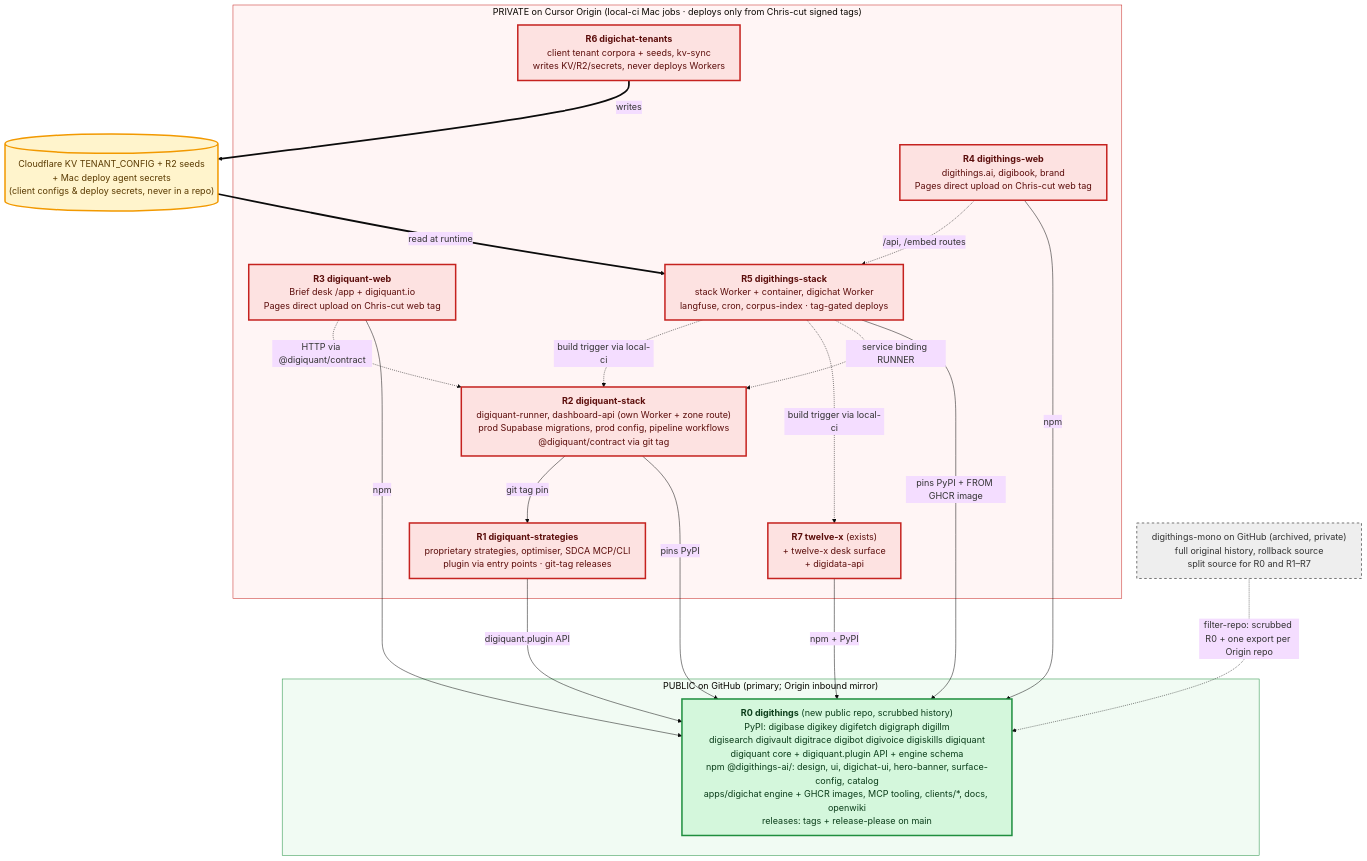
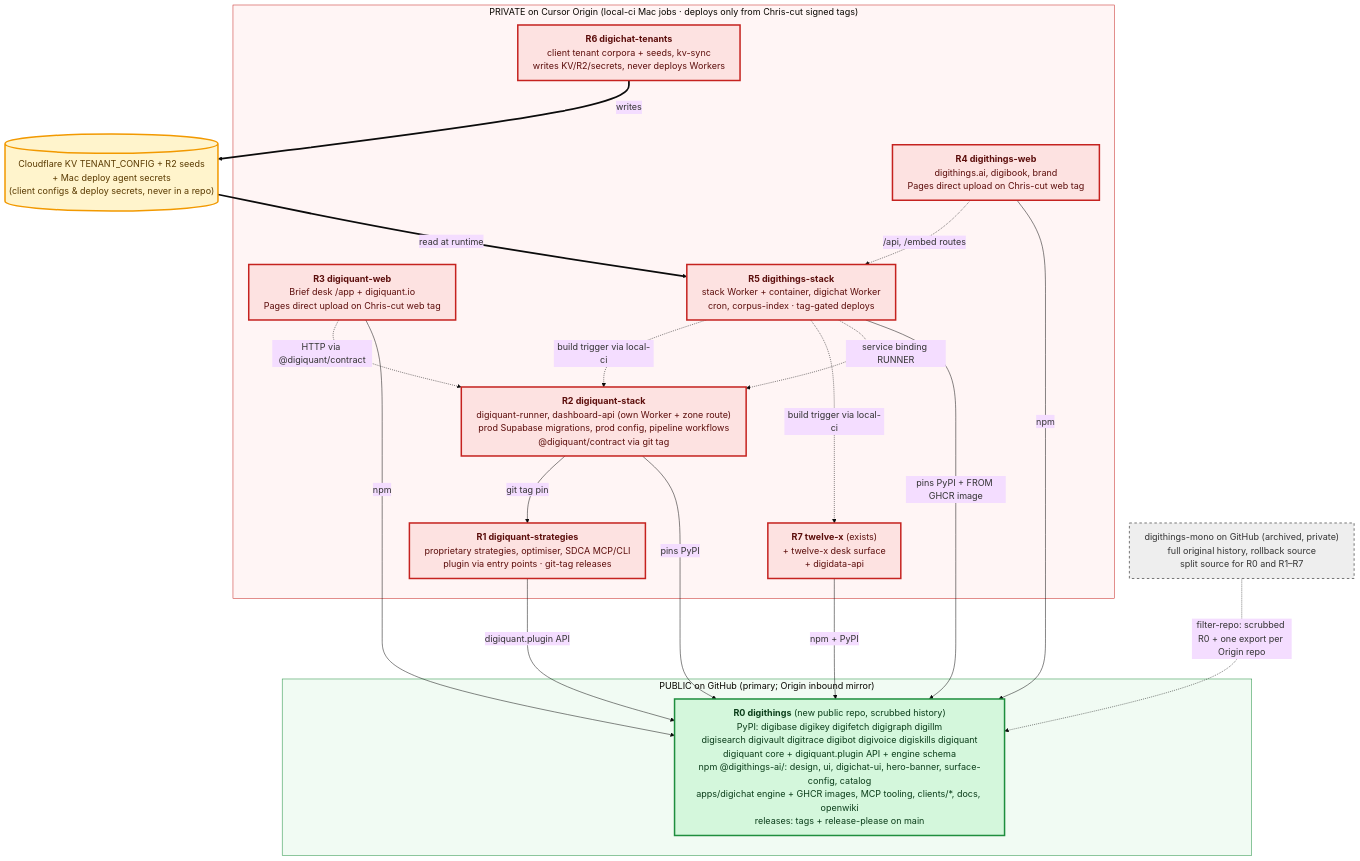
One commit to digithings-ai/digithings changed the diagram in docs/repo-split/repo-split.mmd. Above: the diagram before and after it, drawn with Mermaid. The commit also changed 53 other files, not shown here.

```diff
--- a/docs/repo-split/repo-split.mmd
+++ b/docs/repo-split/repo-split.mmd
@@ -1,40 +1,40 @@
 %%{init: {'theme':'base','themeVariables':{'fontSize':'18px'},'flowchart':{'curve':'basis','nodeSpacing':40,'rankSpacing':80,'wrappingWidth':600}}}%%
 flowchart TB
   subgraph PUB["PUBLIC on GitHub (primary; Origin inbound mirror)"]
     R0["<b>R0 digithings</b> (new public repo, scrubbed history)<br/>PyPI: digibase digikey digifetch digigraph digillm<br/>digisearch digivault digitrace digibot digivoice digiskills digiquant<br/>digiquant core + digiquant.plugin API + engine schema<br/>npm @digithings-ai/: design, ui, digichat-ui, hero-banner, surface-config, catalog<br/>apps/digichat engine + GHCR images, MCP tooling, clients/*, docs, openwiki<br/>releases: tags + release-please on main"]
   end
   subgraph PRIV["PRIVATE on Cursor Origin (local-ci Mac jobs · deploys only from Chris-cut signed tags)"]
     R1["<b>R1 digiquant-strategies</b><br/>proprietary strategies, optimiser, SDCA MCP/CLI<br/>plugin via entry points · git-tag releases"]
     R2["<b>R2 digiquant-stack</b><br/>digiquant-runner, dashboard-api (own Worker + zone route)<br/>prod Supabase migrations, prod config, pipeline workflows<br/>@digiquant/contract via git tag"]
     R3["<b>R3 digiquant-web</b><br/>Brief desk /app + digiquant.io<br/>Pages direct upload on Chris-cut web tag"]
     R4["<b>R4 digithings-web</b><br/>digithings.ai, digibook, brand<br/>Pages direct upload on Chris-cut web tag"]
-    R5["<b>R5 digithings-stack</b><br/>stack Worker + container, digichat Worker<br/>langfuse, cron, corpus-index · tag-gated deploys"]
+    R5["<b>R5 digithings-stack</b><br/>stack Worker + container, digichat Worker<br/>cron, corpus-index · tag-gated deploys"]
     R6["<b>R6 digichat-tenants</b><br/>client tenant corpora + seeds, kv-sync<br/>writes KV/R2/secrets, never deploys Workers"]
     R7["<b>R7 twelve-x</b> (exists)<br/>+ twelve-x desk surface<br/>+ digidata-api"]
   end
   MONO["digithings-mono on GitHub (archived, private)<br/>full original history, rollback source<br/>split source for R0 and R1–R7"]
   KV[("Cloudflare KV TENANT_CONFIG + R2 seeds<br/>+ Mac deploy agent secrets<br/>(client configs &amp; deploy secrets, never in a repo)")]
 
   R1 -->|digiquant.plugin API| R0
   R2 -->|pins PyPI| R0
   R2 -->|git tag pin| R1
   R3 -->|npm| R0
   R4 -->|npm| R0
   R5 -->|pins PyPI + FROM GHCR image| R0
   R7 -->|npm + PyPI| R0
   R3 -.->|HTTP via @digiquant/contract| R2
   R4 -.->|/api, /embed routes| R5
   R5 -.->|service binding RUNNER| R2
   R5 -.->|build trigger via local-ci| R7
   R5 -.->|build trigger via local-ci| R2
   R6 ==>|writes| KV
   KV ==>|read at runtime| R5
   MONO -.->|filter-repo: scrubbed R0 + one export per Origin repo| R0
 
   classDef pub fill:#d4f7dc,stroke:#1e8e3e,stroke-width:3px,color:#0b3d1a;
   classDef priv fill:#fde2e1,stroke:#c5221f,stroke-width:3px,color:#5c0e0c;
   classDef kv fill:#fff4cc,stroke:#f29900,stroke-width:3px,color:#5a3a00;
   classDef arch fill:#eeeeee,stroke:#777777,stroke-width:2px,color:#333333,stroke-dasharray: 5 5;
   class R0 pub; class R1,R2,R3,R4,R5,R6,R7 priv; class KV kv; class MONO arch;
   style PUB fill:#f1fbf3,stroke:#1e8e3e
   style PRIV fill:#fff5f5,stroke:#c5221f
```
